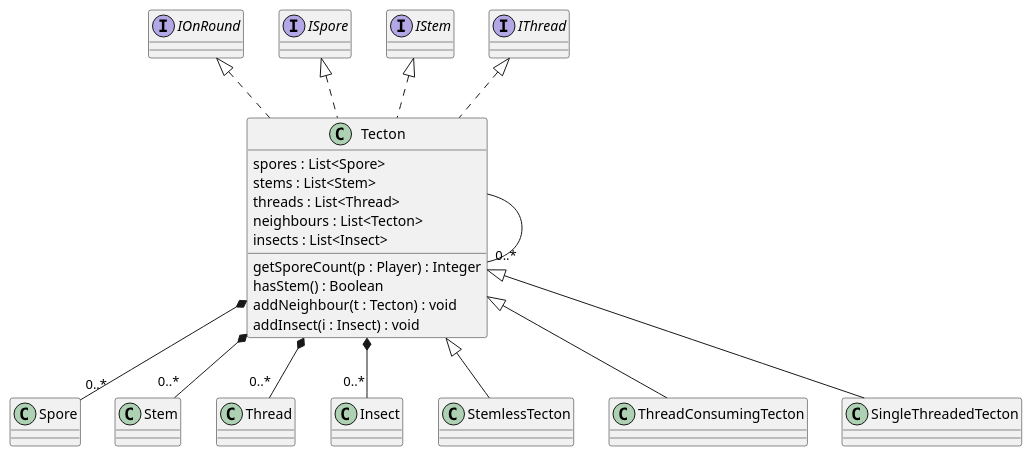
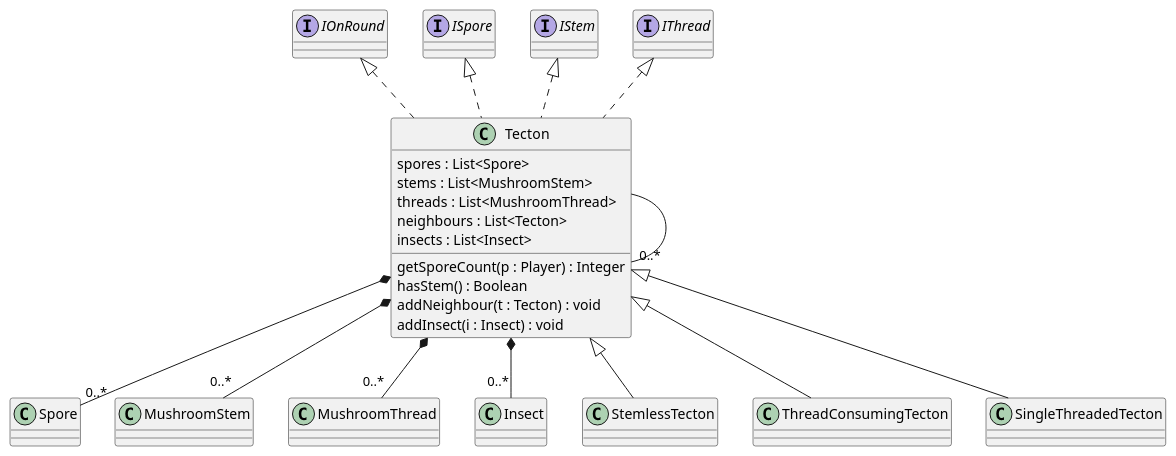
One commit to Petya-G/fungorium changed the diagram in 5/classes/map/tecton.puml. Above: the diagram before and after it, drawn with PlantUML. The commit also changed 4 other files, not shown here.

```diff
--- a/5/classes/map/tecton.puml
+++ b/5/classes/map/tecton.puml
@@ -1,23 +1,23 @@
 @startuml tecton
 
 Tecton *-- "0..*" Spore
-Tecton *-- "0..*" Stem
-Tecton *-- "0..*" Thread
+Tecton *-- "0..*" MushroomStem
+Tecton *-- "0..*" MushroomThread
 Tecton *-- "0..*" Insect
 Tecton --- "0..*" Tecton
 class Tecton implements IOnRound, ISpore, IStem, IThread{
     spores : List<Spore>
-    stems : List<Stem>
-    threads : List<Thread>
+    stems : List<MushroomStem>
+    threads : List<MushroomThread>
     neighbours : List<Tecton>
     insects : List<Insect>
     getSporeCount(p : Player) : Integer
     hasStem() : Boolean
     addNeighbour(t : Tecton) : void
     addInsect(i : Insect) : void
 }
 
 class StemlessTecton extends Tecton {}
 class ThreadConsumingTecton extends Tecton {}
 class SingleThreadedTecton extends Tecton {}
 @enduml
```
